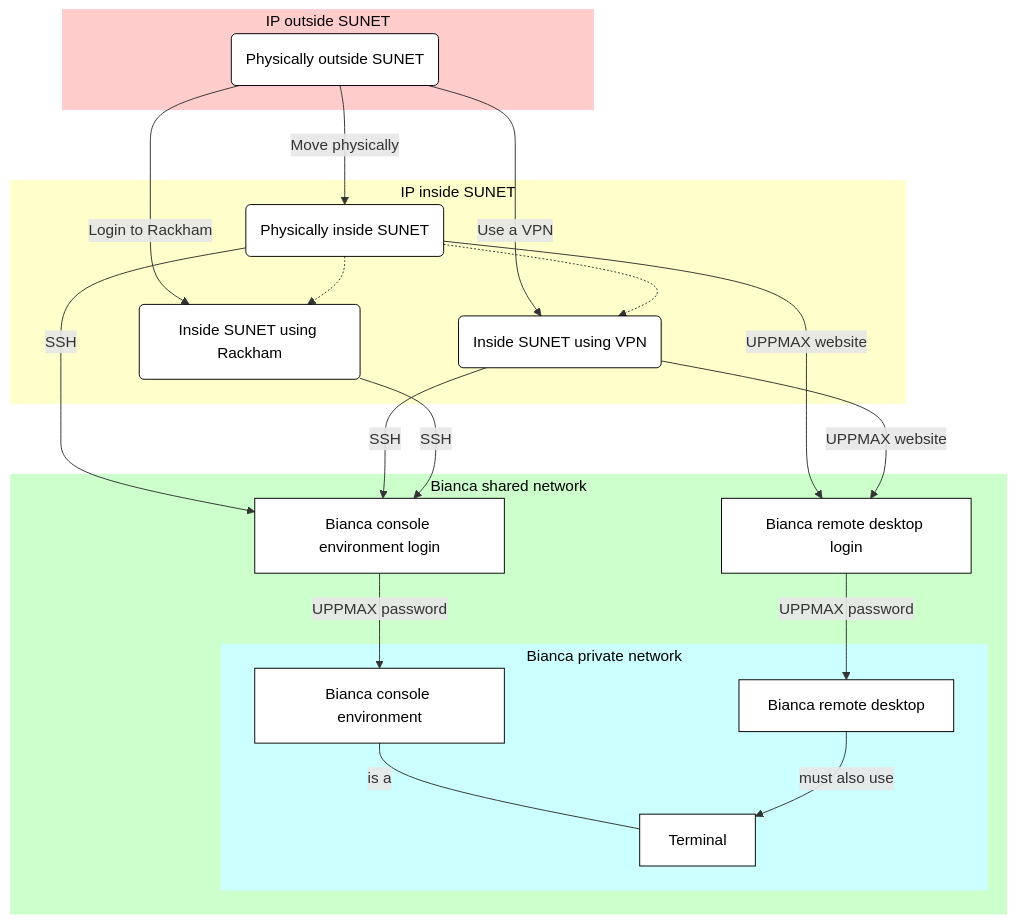
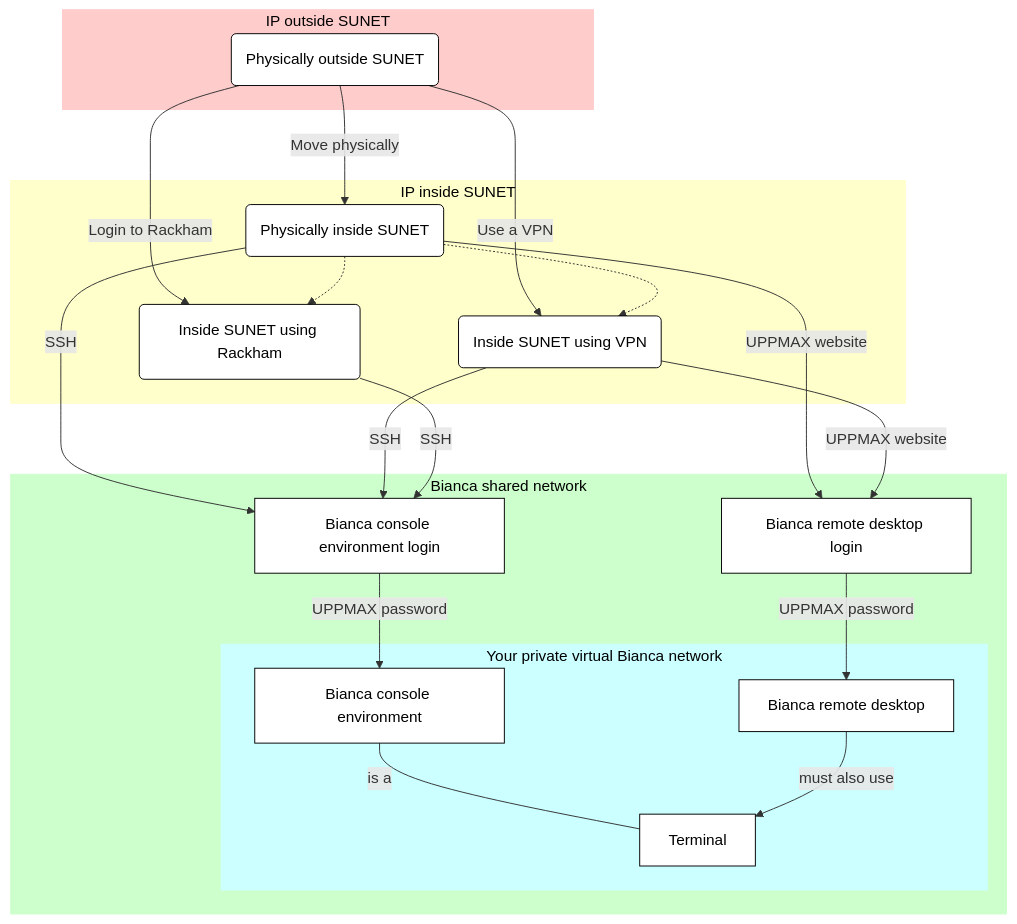
The fourth of 4 diagrams in docs/getting_started/login_bianca.md (UPPMAX/UPPMAX-documentation), drawn with Mermaid before and after one commit.

Commit message:
Emphasize virtual private network more

````diff
--- a/docs/getting_started/login_bianca.md
+++ b/docs/getting_started/login_bianca.md
@@ -627,57 +627,57 @@
 ```mermaid
 flowchart TD
 
     %% Give a white background, instead of a transparent one
     classDef node fill:#fff,color:#000,stroke:#000
     classDef focus_node fill:#fff,color:#000,stroke:#000,stroke-width:4px
 
     subgraph sub_outside[IP outside SUNET]
       outside(Physically outside SUNET)
     end    
     style sub_outside fill:#fcc,color:#000,stroke:#fcc
 
     subgraph sub_inside[IP inside SUNET]
       physically_inside(Physically inside SUNET)
       inside_using_vpn(Inside SUNET using VPN)
       inside_using_rackham(Inside SUNET using Rackham)
     end
     style sub_inside fill:#ffc,color:#000,stroke:#ffc
 
     subgraph sub_bianca_shared_env[Bianca shared network]
       bianca_shared_console[Bianca console environment login]
       bianca_shared_remote_desktop[Bianca remote desktop login] 
-      subgraph sub_bianca_private_env[Bianca private network]
+      subgraph sub_bianca_private_env[Your private virtual Bianca network]
         bianca_private_console[Bianca console environment]
         bianca_private_remote_desktop[Bianca remote desktop] 
         bianca_private_terminal[Terminal] 
       style sub_bianca_private_env fill:#cff,color:#000,stroke:#cff
 
 
       end
       style sub_bianca_private_env fill:#cff,color:#000,stroke:#cff
 
     end
     style sub_bianca_shared_env fill:#cfc,color:#000,stroke:#cfc
 
     %% Outside SUNET
     outside-->|Move physically|physically_inside
     outside-->|Use a VPN|inside_using_vpn
     outside-->|Login to Rackham|inside_using_rackham
 
     %% Inside SUNET
     physically_inside-->|SSH|bianca_shared_console
     physically_inside-->|UPPMAX website|bianca_shared_remote_desktop
     physically_inside-.->inside_using_rackham
     physically_inside-.->inside_using_vpn
     inside_using_vpn-->|SSH|bianca_shared_console
     inside_using_vpn-->|UPPMAX website|bianca_shared_remote_desktop
     inside_using_rackham-->|SSH|bianca_shared_console
 
     %% Shared Bianca
     bianca_shared_console --> |UPPMAX password|bianca_private_console
     bianca_shared_remote_desktop-->|UPPMAX password|bianca_private_remote_desktop
 
     %% Private Bianca
     bianca_private_console---|is a|bianca_private_terminal
     bianca_private_remote_desktop-->|must also use|bianca_private_terminal
 ```
````
